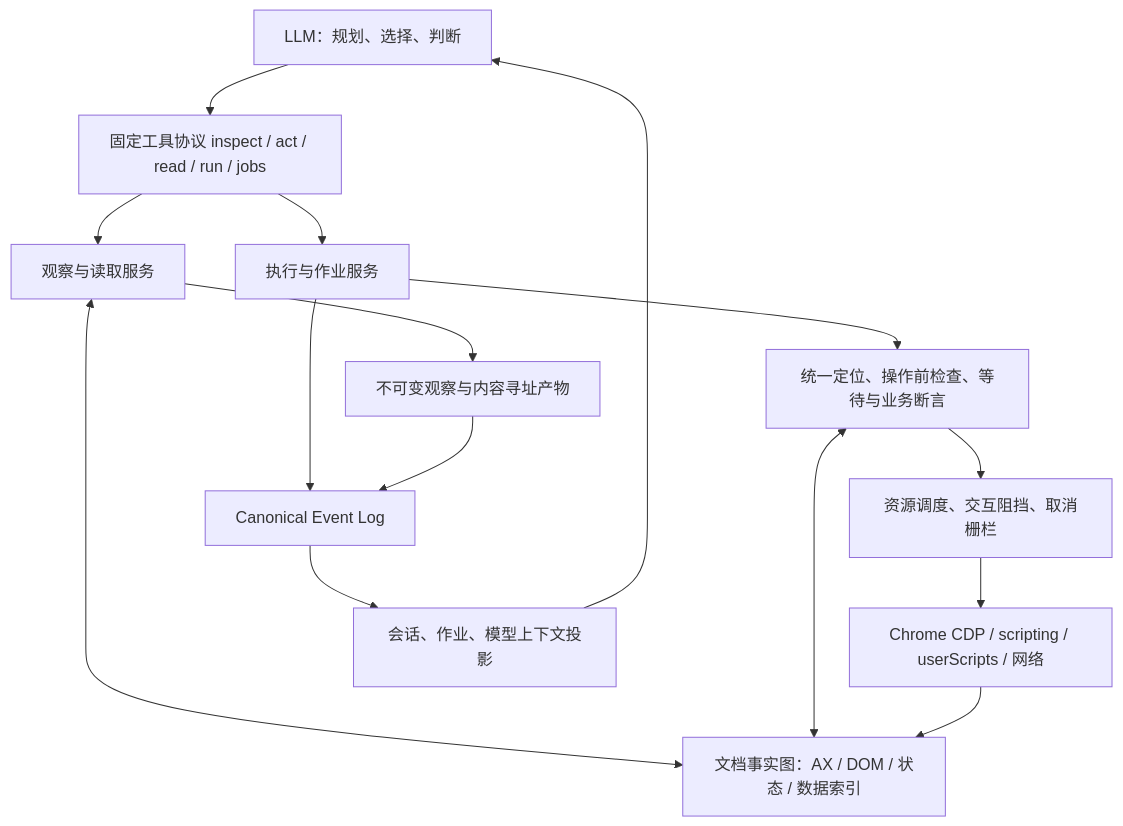
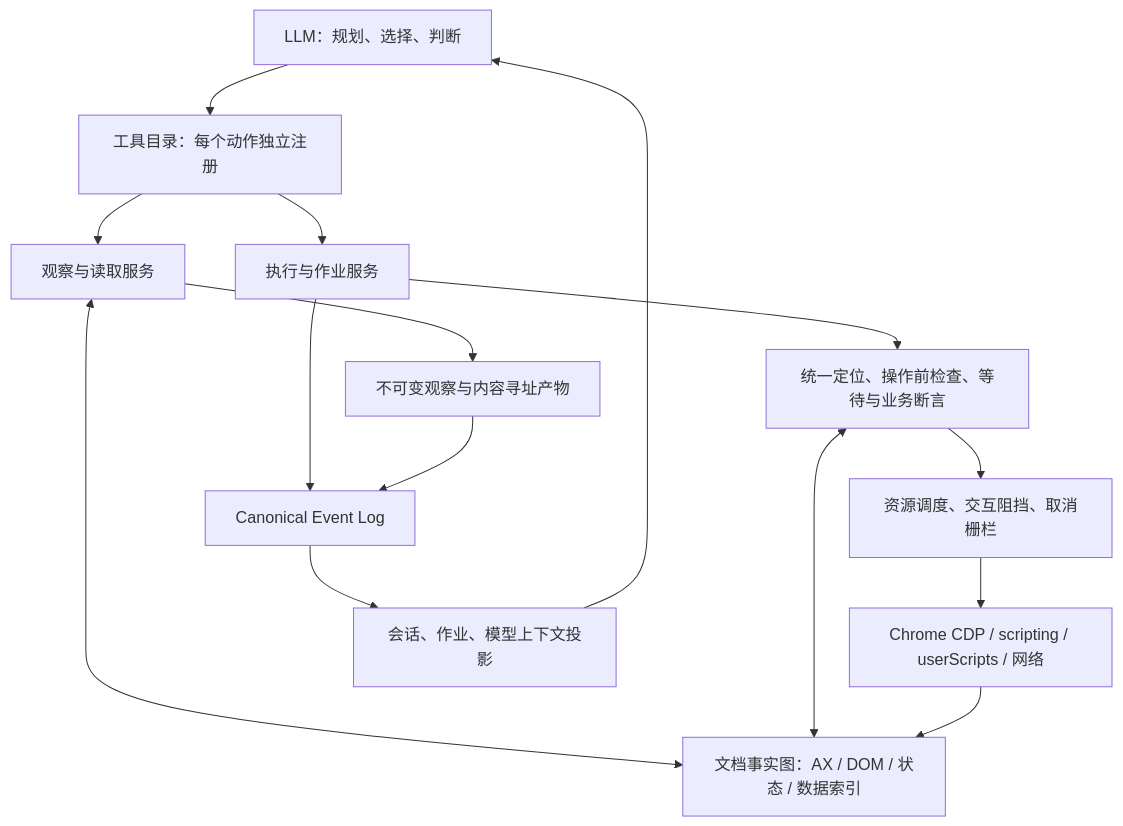
One commit to notCorwin/SurfWax changed the diagram in docs/browser-tools-design.md. Above: the diagram before and after it, drawn with Mermaid. The commit also changed other lines of this file, not shown here.

````diff
--- a/docs/browser-tools-design.md
+++ b/docs/browser-tools-design.md
@@ -52,17 +53,17 @@
 ```mermaid
 flowchart TB
-  L[LLM：规划、选择、判断] --> T[固定工具协议 inspect / act / read / run / jobs]
+  L[LLM：规划、选择、判断] --> T[工具目录：每个动作独立注册]
   T --> O[观察与读取服务]
   T --> E[执行与作业服务]
   O <--> G[文档事实图：AX / DOM / 状态 / 数据索引]
   E --> R[统一定位、操作前检查、等待与业务断言]
   R <--> G
   R --> S[资源调度、交互阻挡、取消栅栏]
   S --> C[Chrome CDP / scripting / userScripts / 网络]
   C --> G
   O --> A[不可变观察与内容寻址产物]
   E --> K[Canonical Event Log]
   A --> K
   K --> P[会话、作业、模型上下文投影]
   P --> L
 ```
````
